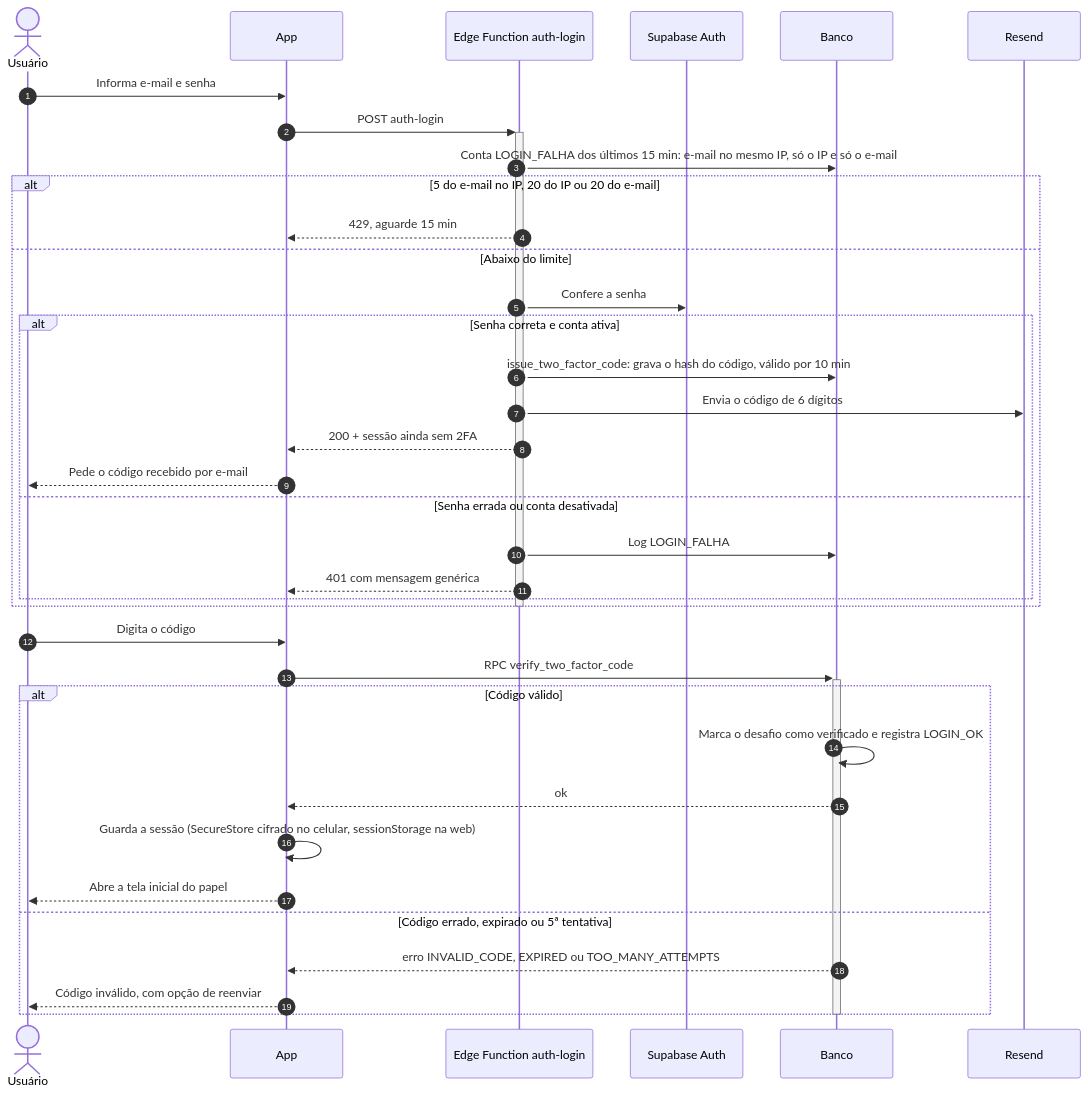
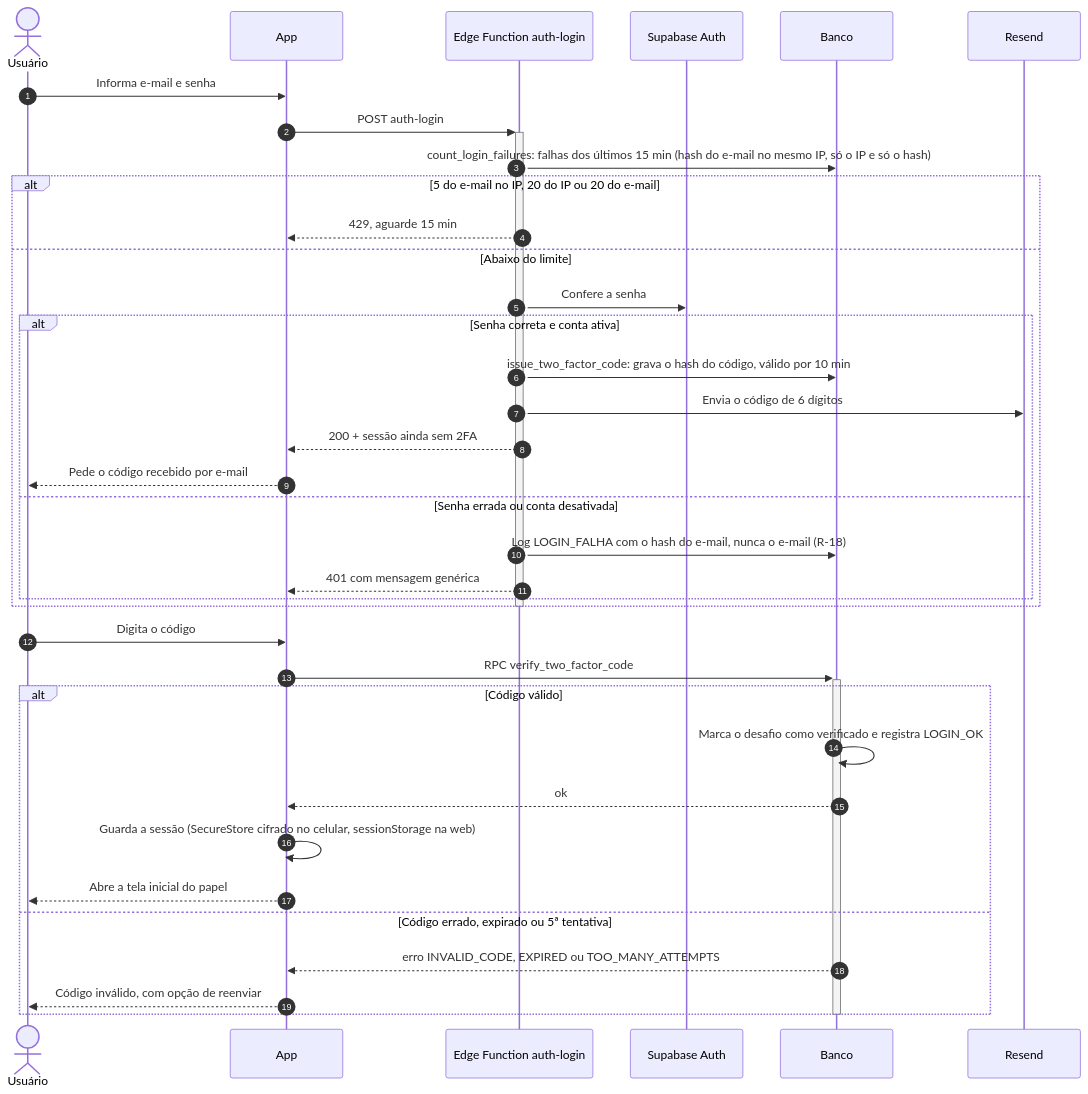
One commit to Matheus-Lordron/ki67 changed the fifth of 13 diagrams in docs/02-arquitetura.md. Above: the diagram before and after it, drawn with Mermaid. The commit also changed other lines of this file and 3 other files, not shown here.

First line of the commit message:
fix(auth): falha de login grava o hash do e-mail com sal, não o e-mail (R-18)

````diff
--- a/docs/02-arquitetura.md
+++ b/docs/02-arquitetura.md
@@ -237,42 +238,42 @@
 ```mermaid
 sequenceDiagram
     autonumber
     actor U as Usuário
     participant App
     participant EF as Edge Function auth-login
     participant Auth as Supabase Auth
     participant DB as Banco
     participant Mail as Resend
 
     U->>App: Informa e-mail e senha
     App->>+EF: POST auth-login
-    EF->>DB: Conta LOGIN_FALHA dos últimos 15 min: e-mail no mesmo IP, só o IP e só o e-mail
+    EF->>DB: count_login_failures: falhas dos últimos 15 min (hash do e-mail no mesmo IP, só o IP e só o hash)
     alt 5 do e-mail no IP, 20 do IP ou 20 do e-mail
         EF-->>App: 429, aguarde 15 min
     else Abaixo do limite
         EF->>Auth: Confere a senha
         alt Senha correta e conta ativa
             EF->>DB: issue_two_factor_code: grava o hash do código, válido por 10 min
             EF->>Mail: Envia o código de 6 dígitos
             EF-->>App: 200 + sessão ainda sem 2FA
             App-->>U: Pede o código recebido por e-mail
         else Senha errada ou conta desativada
-            EF->>DB: Log LOGIN_FALHA
+            EF->>DB: Log LOGIN_FALHA com o hash do e-mail, nunca o e-mail (R-18)
             EF-->>App: 401 com mensagem genérica
         end
     end
     deactivate EF
 
     U->>App: Digita o código
     App->>+DB: RPC verify_two_factor_code
     alt Código válido
         DB->>DB: Marca o desafio como verificado e registra LOGIN_OK
         DB-->>App: ok
         App->>App: Guarda a sessão (SecureStore cifrado no celular, sessionStorage na web)
         App-->>U: Abre a tela inicial do papel
     else Código errado, expirado ou 5ª tentativa
         DB-->>App: erro INVALID_CODE, EXPIRED ou TOO_MANY_ATTEMPTS
         App-->>U: Código inválido, com opção de reenviar
     end
     deactivate DB
 ```
````
